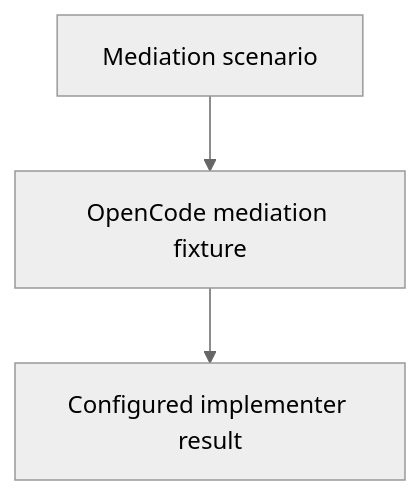
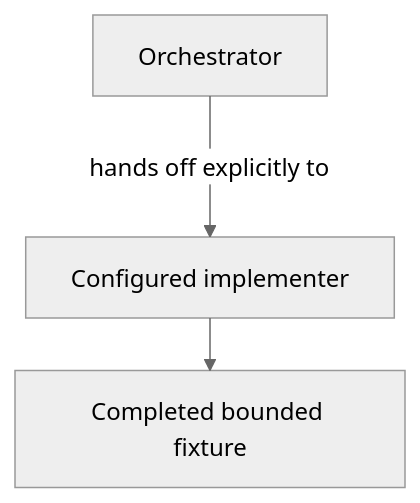
Before and after one commit to abstract-business-systems/as-is: the diagram in validation-fixtures/opencode-mediation-dogfood/as-is.md, drawn with Mermaid (neutral theme). The commit also changed other lines of this file and 29 other files, not shown here.

````diff
--- a/validation-fixtures/opencode-mediation-dogfood/as-is.md
+++ b/validation-fixtures/opencode-mediation-dogfood/as-is.md
@@ -16,5 +15,9 @@
 ```mermaid
-flowchart TD
-    A["Mediation scenario"] --> B["OpenCode mediation fixture"]
-    B --> C["Configured implementer result"]
+---
+config:
+  layout: elk
+---
+flowchart TB
+    Orchestrator["Orchestrator"] -->|hands off explicitly to| Implementer["Configured implementer"]
+    Implementer --> Outcome["Completed bounded fixture"]
 ```
````
